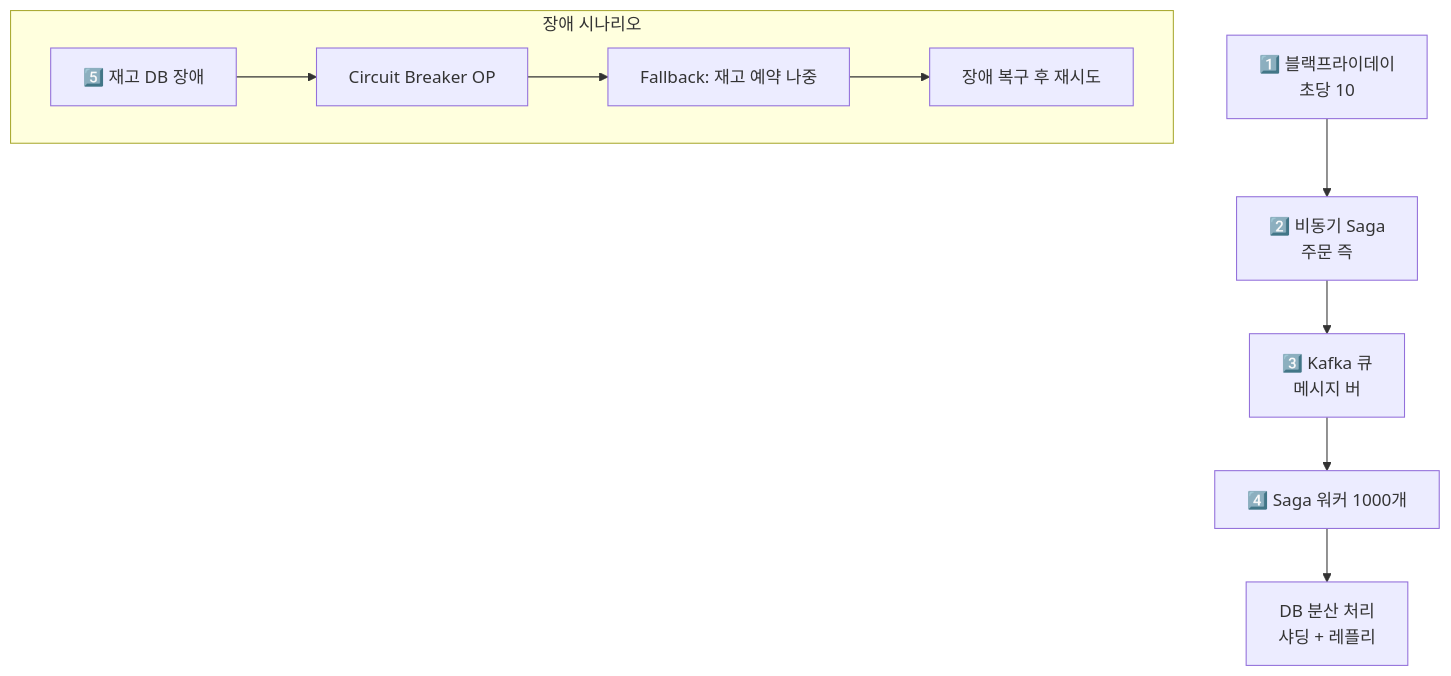
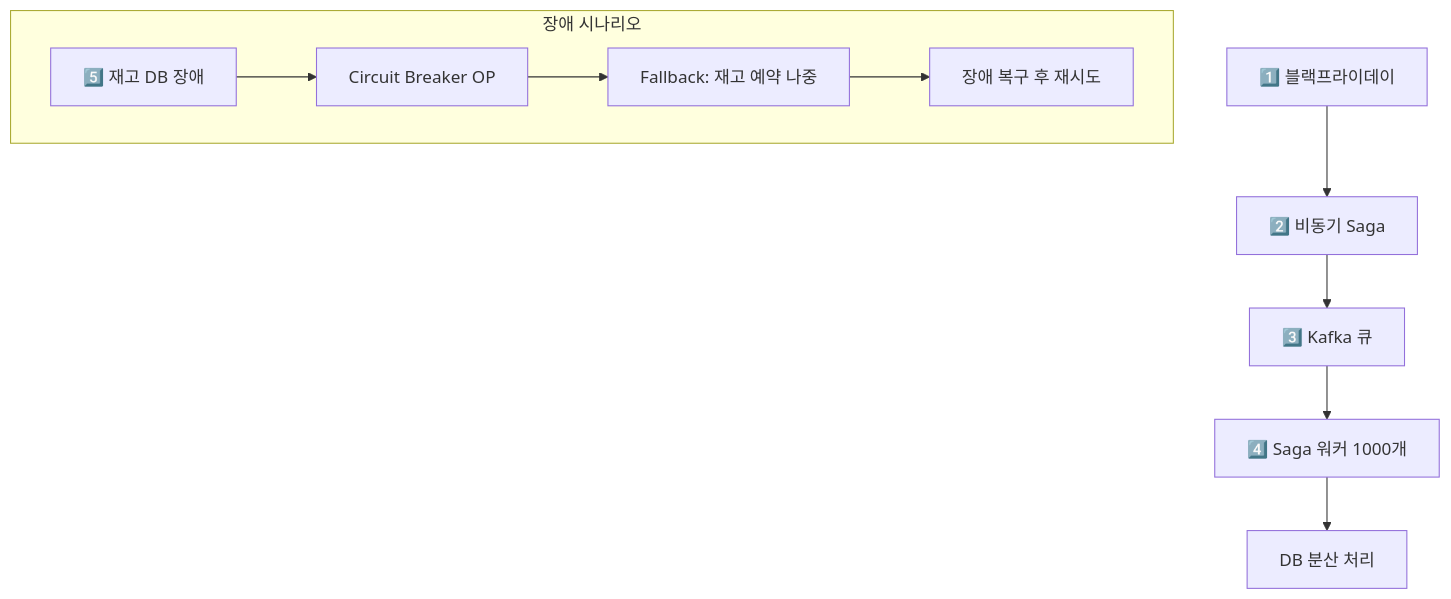
One commit to yjkim2015/yjkim2015.github.io changed diagram 13 of 14 in _posts/architecture/2026-05-02-distributed-transaction-deep.md. Above: the diagram before and after it, drawn with Mermaid. The commit also changed other lines of this file and 217 other files, not shown here.

First line of the commit message:
Mermaid 크기 수정: useMaxWidth:true + SVG max-width:100% + 라벨 축소

````diff
--- a/_posts/architecture/2026-05-02-distributed-transaction-deep.md
+++ b/_posts/architecture/2026-05-02-distributed-transaction-deep.md
@@ -613,14 +613,14 @@
 ```mermaid
 graph TD
-    Flash["1️⃣ 블랙프라이데이\n초당 10"]
-    Flash --> Async["2️⃣ 비동기 Saga\n주문 즉"]
-    Async --> Queue["3️⃣ Kafka 큐\n메시지 버"]
+    Flash["1️⃣ 블랙프라이데이"]
+    Flash --> Async["2️⃣ 비동기 Saga"]
+    Async --> Queue["3️⃣ Kafka 큐"]
     Queue --> Workers["4️⃣ Saga 워커 1000개"]
-    Workers --> DB["DB 분산 처리\n샤딩 + 레플리"]
+    Workers --> DB["DB 분산 처리"]
     subgraph "장애 시나리오"
         DBFail["5️⃣ 재고 DB 장애"]
         DBFail --> CircuitBreak["Circuit Breaker OP"]
         CircuitBreak --> Fallback["Fallback: 재고 예약 나중"]
         Fallback --> RetryLater["장애 복구 후 재시도"]
     end
 ```
````
